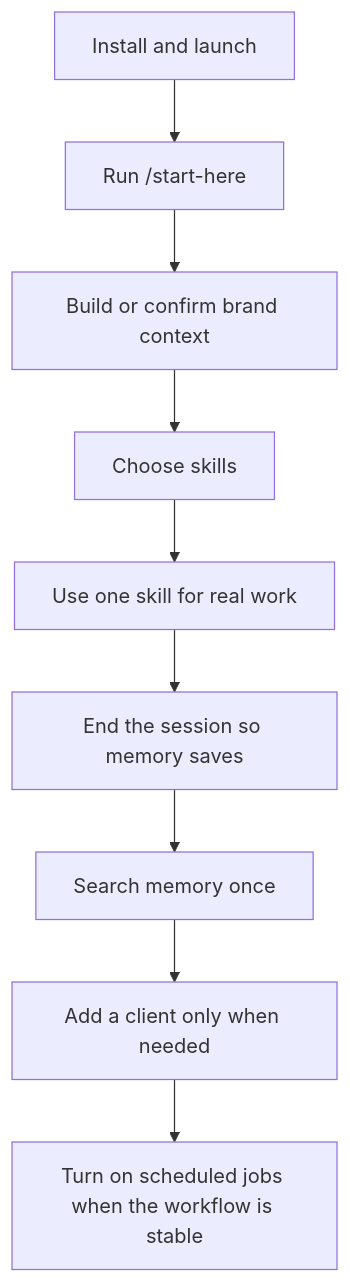
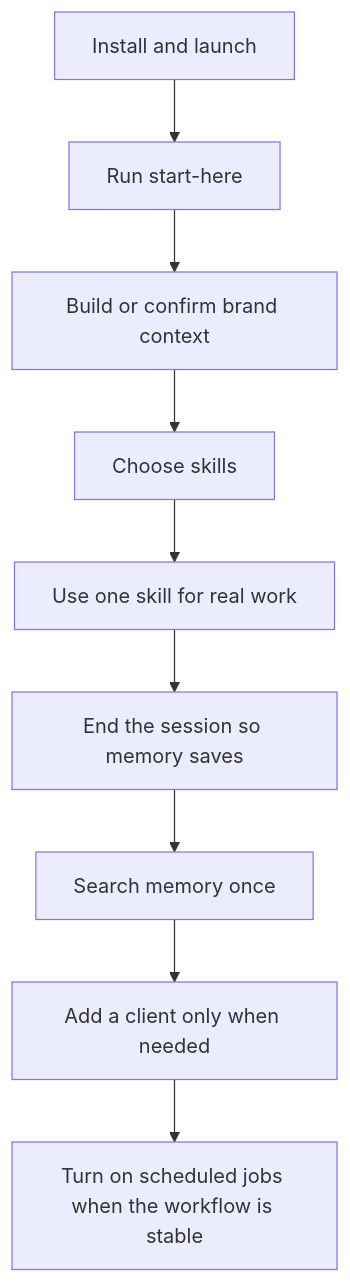
One commit to camrontaylor/AI-OS-Template changed the second of 5 diagrams in docs/README.md. Above: the diagram before and after it, drawn with Mermaid. The commit also changed other lines of this file and 16 other files, not shown here.

Commit message:
Make start-here onboarding a core skill

````diff
--- a/docs/README.md
+++ b/docs/README.md
@@ -37,11 +37,11 @@
 ```mermaid
 flowchart TD
-  A["Install and launch"] --> B["Run /start-here"]
+  A["Install and launch"] --> B["Run start-here"]
   B --> C["Build or confirm brand context"]
   C --> D["Choose skills"]
   D --> E["Use one skill for real work"]
   E --> F["End the session so memory saves"]
   F --> G["Search memory once"]
   G --> H["Add a client only when needed"]
   H --> I["Turn on scheduled jobs when the workflow is stable"]
 ```
````
